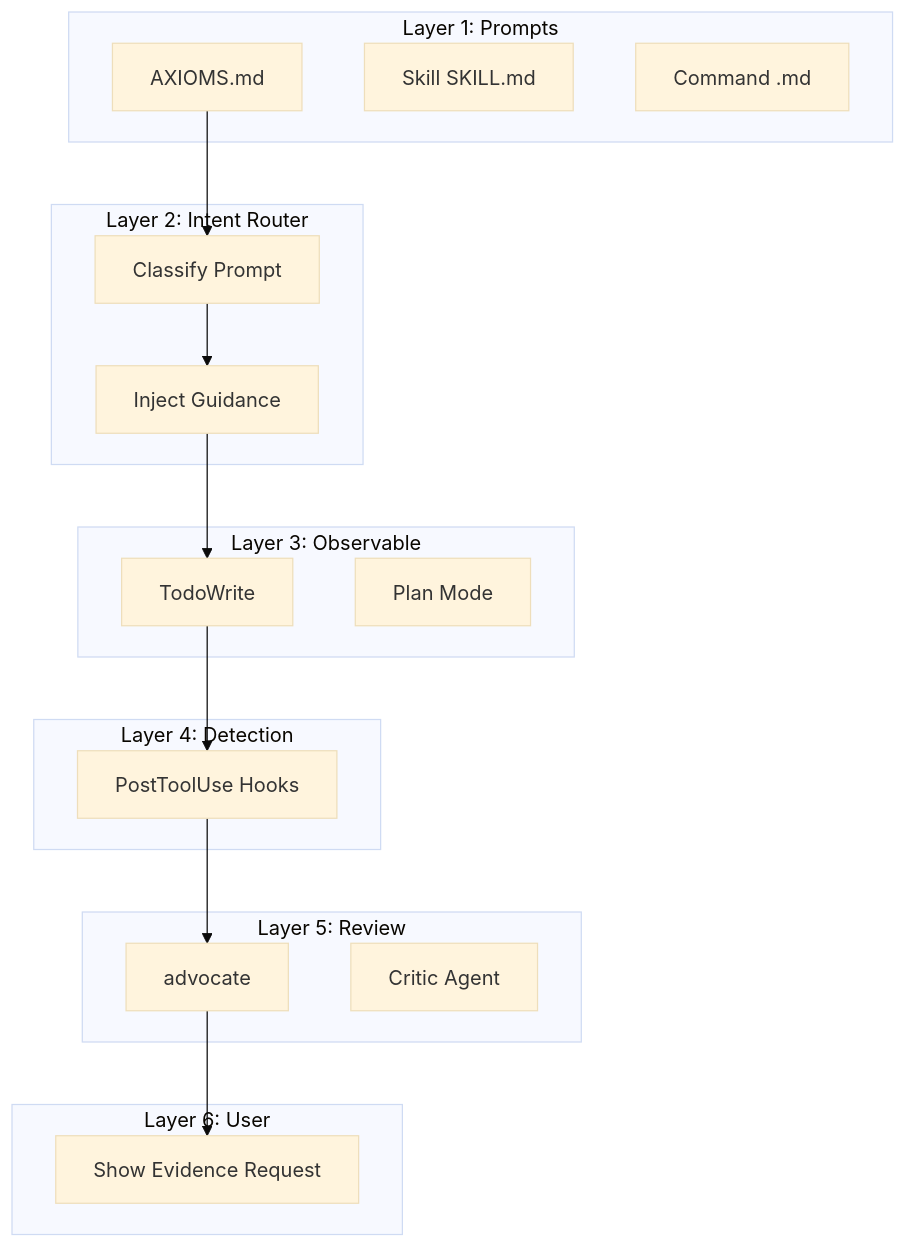
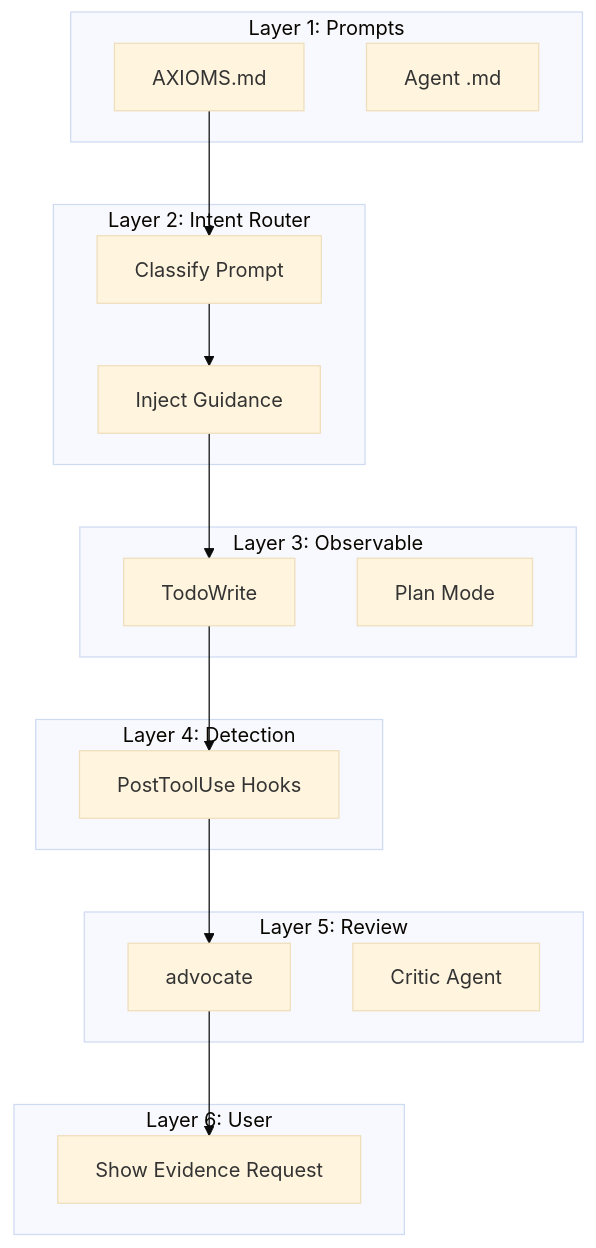
Before and after one commit to nicsuzor/academicOps: the diagram in aops-core/specs/enforcement.md, drawn with Mermaid (base theme). The commit also changed other lines of this file and 106 other files, not shown here.

````diff
--- a/aops-core/specs/enforcement.md
+++ b/aops-core/specs/enforcement.md
@@ -16,38 +16,37 @@
 ```mermaid
 graph TD
     subgraph "Layer 1: Prompts"
         A[AXIOMS.md]
-        B[Skill SKILL.md]
-        C[Command .md]
+        B[Agent .md]
     end
 
     subgraph "Layer 2: Intent Router"
         D[Classify Prompt]
         E[Inject Guidance]
     end
 
     subgraph "Layer 3: Observable"
         F[TodoWrite]
         G[Plan Mode]
     end
 
     subgraph "Layer 4: Detection"
         H[PostToolUse Hooks]
     end
 
     subgraph "Layer 5: Review"
         I[advocate]
         J[Critic Agent]
     end
 
     subgraph "Layer 6: User"
         K[Show Evidence Request]
     end
 
     A --> D
     D --> E
     E --> F
     F --> H
     H --> I
     I --> K
 ```
````
